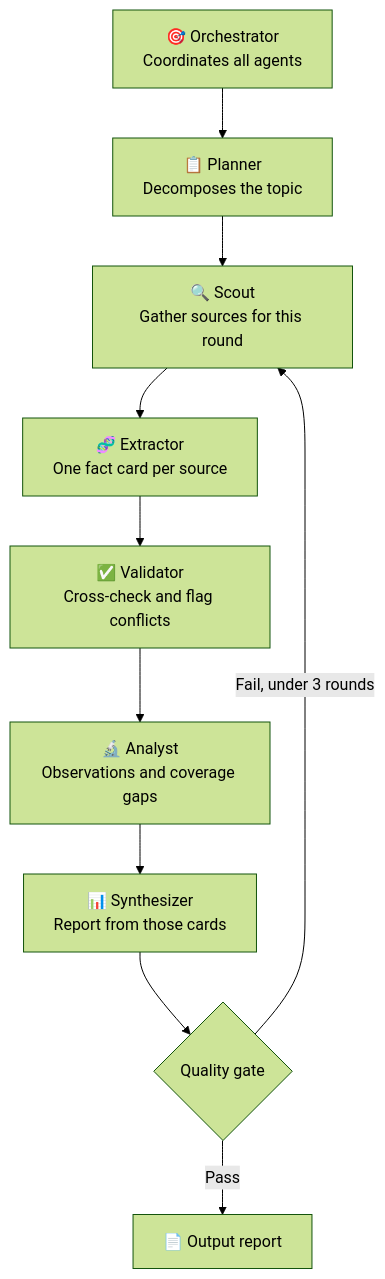
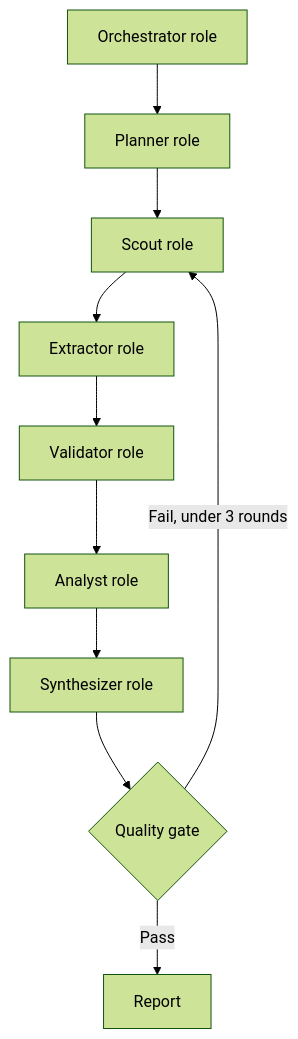
The diagram in README.md (Shanguier/ideascout), drawn with Mermaid (forest theme) before and after one commit. The commit also changed other lines of this file and 5 other files, not shown here.

````diff
--- a/README.md
+++ b/README.md
@@ -16,12 +22,12 @@
 ```mermaid
 flowchart TB
-    A["🎯 Orchestrator<br/>Coordinates all agents"] --> B["📋 Planner<br/>Decomposes the topic"]
-    B --> C["🔍 Scout<br/>Gather sources for this round"]
-    C --> D["🧬 Extractor<br/>One fact card per source"]
-    D --> E["✅ Validator<br/>Cross-check and flag conflicts"]
-    E --> F["🔬 Analyst<br/>Observations and coverage gaps"]
-    F --> G["📊 Synthesizer<br/>Report from those cards"]
+    A["Orchestrator role"] --> B["Planner role"]
+    B --> C["Scout role"]
+    C --> D["Extractor role"]
+    D --> E["Validator role"]
+    E --> F["Analyst role"]
+    F --> G["Synthesizer role"]
     G --> H{"Quality gate"}
-    H -->|"Pass"| I["📄 Output report"]
+    H -->|"Pass"| I["Report"]
     H -->|"Fail, under 3 rounds"| C
 ```
````
